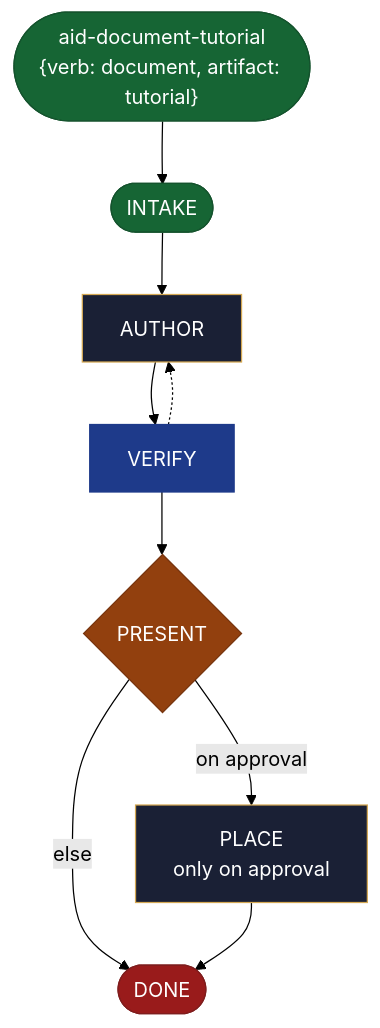
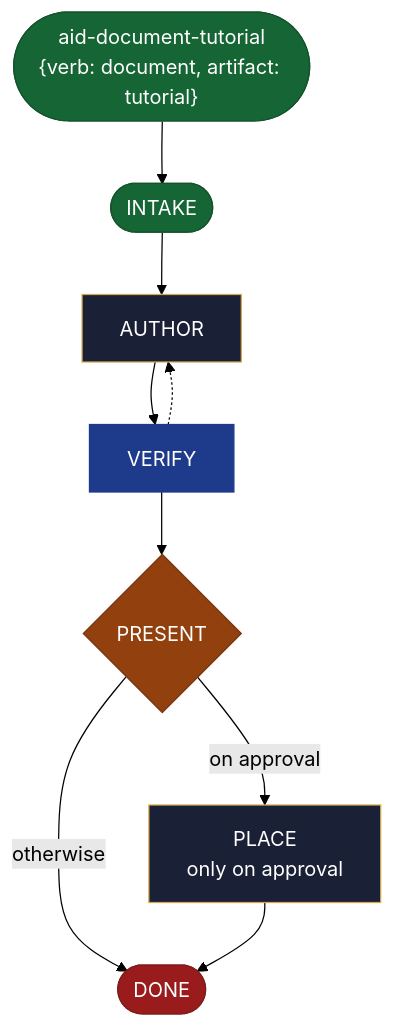
One commit to AndreVianna/aid-methodology changed the diagram in site/src/content/docs/skills/aid-document-tutorial.md. Above: the diagram before and after it, drawn with Mermaid (forest theme). The commit also changed other lines of this file and 49 other files, not shown here.

````diff
--- a/site/src/content/docs/skills/aid-document-tutorial.md
+++ b/site/src/content/docs/skills/aid-document-tutorial.md
@@ -20,38 +20,38 @@
 ```mermaid
 flowchart TB
   classDef aidNode color:#fff
   classDef aidEntry fill:#166534,stroke:#14532d,color:#fff
   classDef aidExit fill:#991b1b,stroke:#7f1d1d,color:#fff
   classDef aidDecision fill:#92400e,stroke:#78350f,color:#fff
   classDef aidLoopBack fill:#1e3a8a,stroke:#1e3a8a,color:#fff
   classDef aidStep fill:#1a2035,stroke:#d4a853,color:#f1f5f9
   n1(["aid-document-tutorial<br/>{verb: document, artifact: tutorial}"])
   n2(["INTAKE"])
   n3["AUTHOR"]
   n4["VERIFY"]
   n5{"PRESENT"}
   n6["PLACE<br/>only on approval"]
   n7(["DONE"])
   n1 --> n2
   n2 --> n3
   n3 --> n4
   n4 -.-> n3
   n4 --> n5
   n5 -->|"on approval"| n6
-  n5 -->|"else"| n7
+  n5 -->|"otherwise"| n7
   n6 --> n7
   class n1 aidEntry
   class n2 aidEntry
   class n3 aidStep
   class n4 aidLoopBack
   class n5 aidDecision
   class n6 aidStep
   class n7 aidExit
   class n1 aidNode
   class n2 aidNode
   class n3 aidNode
   class n4 aidNode
   class n5 aidNode
   class n6 aidNode
   class n7 aidNode
 ```
````
